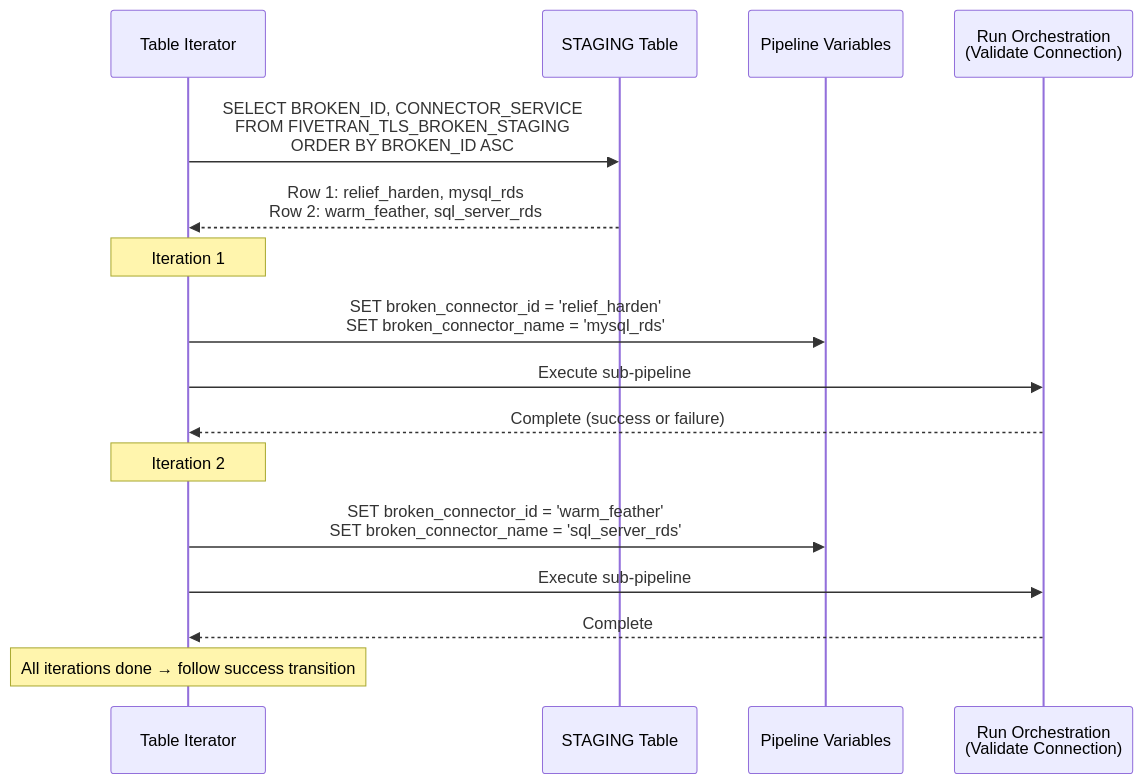
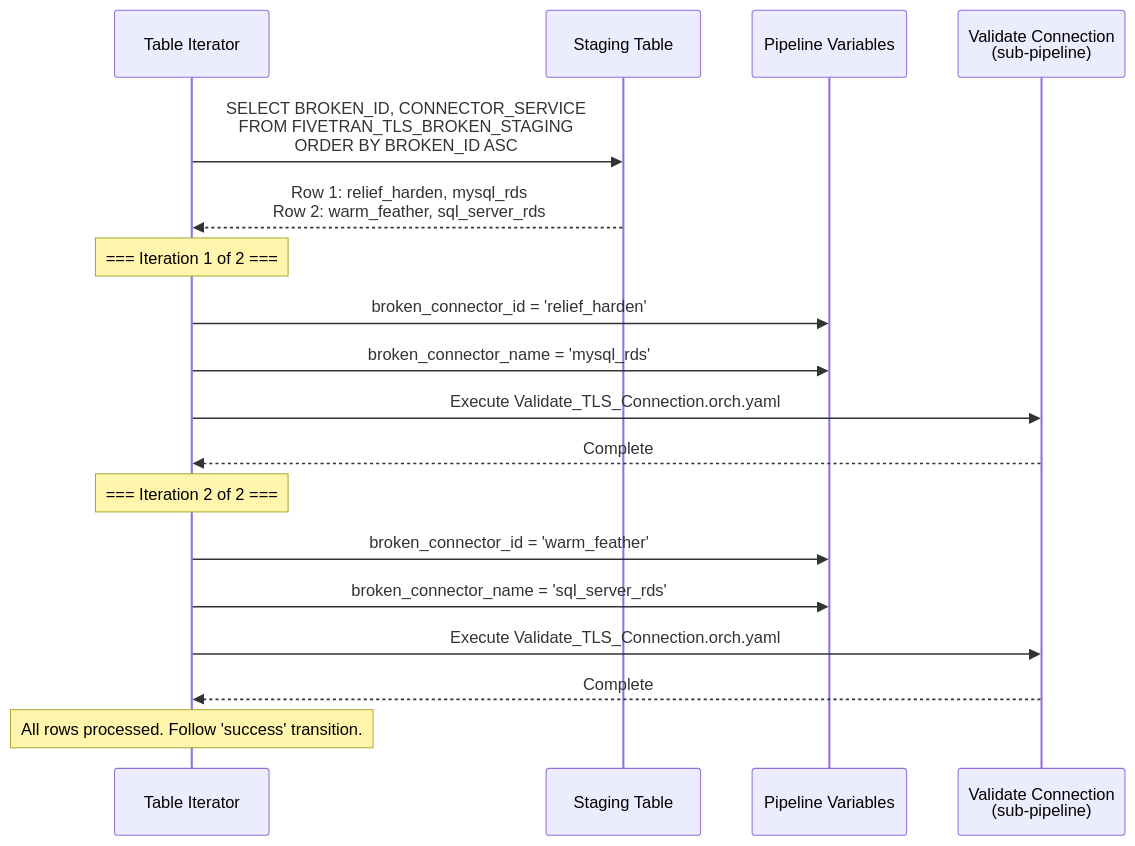
Diagram 11 of 13 in README.md (AvinashAnalytics/matillion-fivetran-tls-auto-fix), drawn with Mermaid before and after one commit. The commit also changed other lines of this file, not shown here.

````diff
--- a/README.md
+++ b/README.md
@@ -689,22 +1194,24 @@
 ```mermaid
 sequenceDiagram
-    participant IT as Table Iterator
-    participant TBL as STAGING Table
+    participant ITER as Table Iterator
+    participant STG as Staging Table
     participant VAR as Pipeline Variables
-    participant TGT as Run Orchestration<br>(Validate Connection)
+    participant SUB as Validate Connection<br>(sub-pipeline)
 
-    IT->>TBL: SELECT BROKEN_ID, CONNECTOR_SERVICE<br>FROM FIVETRAN_TLS_BROKEN_STAGING<br>ORDER BY BROKEN_ID ASC
-    TBL-->>IT: Row 1: relief_harden, mysql_rds<br>Row 2: warm_feather, sql_server_rds
+    ITER->>STG: SELECT BROKEN_ID, CONNECTOR_SERVICE<br>FROM FIVETRAN_TLS_BROKEN_STAGING<br>ORDER BY BROKEN_ID ASC
+    STG-->>ITER: Row 1: relief_harden, mysql_rds<br>Row 2: warm_feather, sql_server_rds
 
-    Note over IT: Iteration 1
-    IT->>VAR: SET broken_connector_id = 'relief_harden'<br>SET broken_connector_name = 'mysql_rds'
-    IT->>TGT: Execute sub-pipeline
-    TGT-->>IT: Complete (success or failure)
+    Note over ITER: === Iteration 1 of 2 ===
+    ITER->>VAR: broken_connector_id = 'relief_harden'
+    ITER->>VAR: broken_connector_name = 'mysql_rds'
+    ITER->>SUB: Execute Validate_TLS_Connection.orch.yaml
+    SUB-->>ITER: Complete
 
-    Note over IT: Iteration 2
-    IT->>VAR: SET broken_connector_id = 'warm_feather'<br>SET broken_connector_name = 'sql_server_rds'
-    IT->>TGT: Execute sub-pipeline
-    TGT-->>IT: Complete
+    Note over ITER: === Iteration 2 of 2 ===
+    ITER->>VAR: broken_connector_id = 'warm_feather'
+    ITER->>VAR: broken_connector_name = 'sql_server_rds'
+    ITER->>SUB: Execute Validate_TLS_Connection.orch.yaml
+    SUB-->>ITER: Complete
 
-    Note over IT: All iterations done → follow success transition
+    Note over ITER: All rows processed. Follow 'success' transition.
 ```
````
